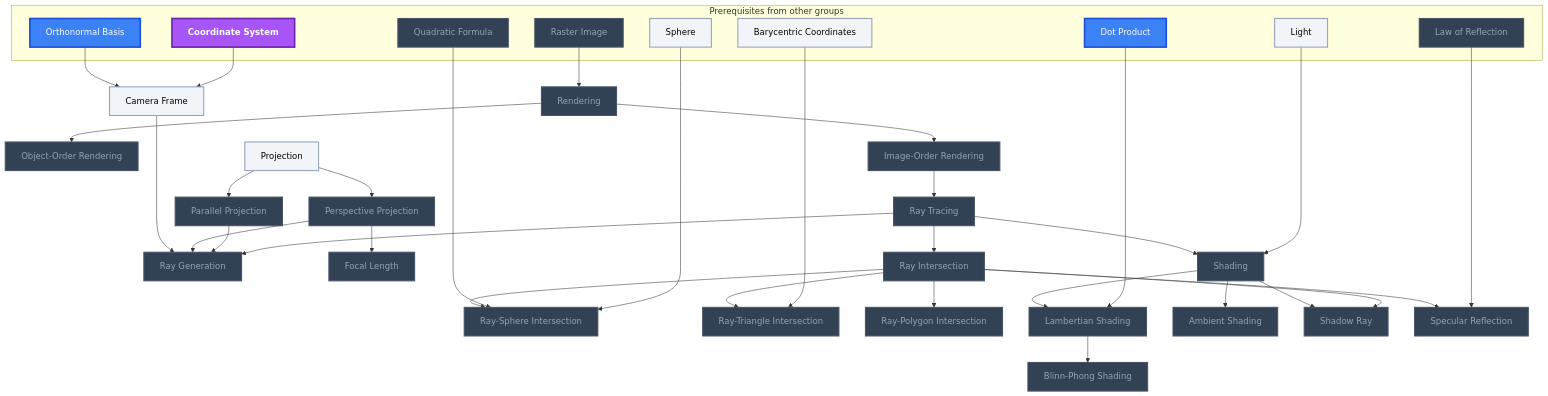
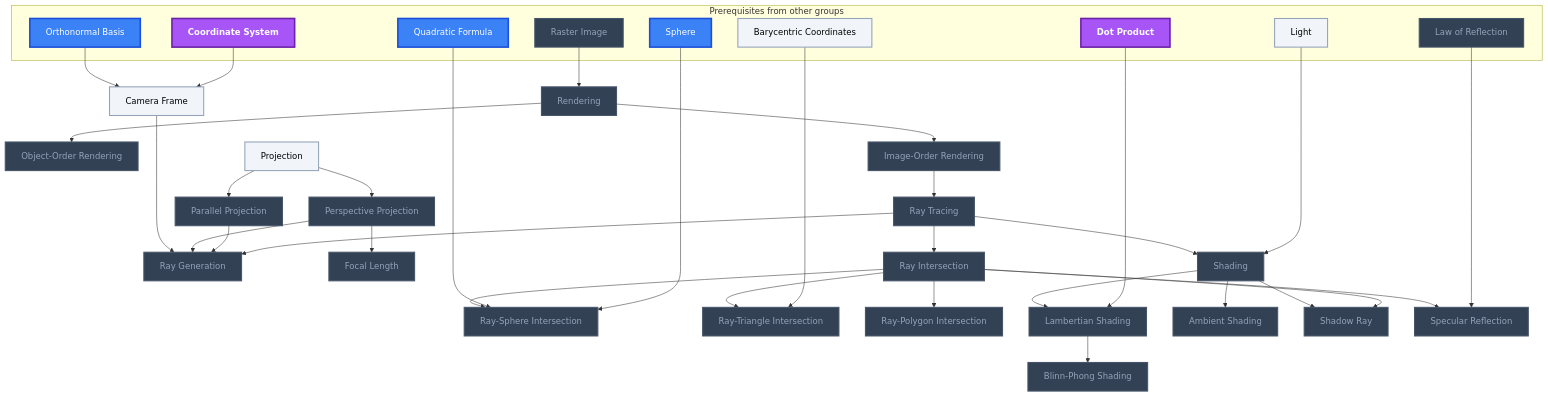
One commit to MRauf1/My-Notes changed the third of 7 diagrams in Gamification/Skill Trees/Computer Graphics.md. Above: the diagram before and after it, drawn with Mermaid. The commit also changed other lines of this file and 145 other files, not shown here.

````diff
--- a/Gamification/Skill Trees/Computer Graphics.md
+++ b/Gamification/Skill Trees/Computer Graphics.md
@@ -123,78 +123,78 @@
 ```mermaid
 flowchart TD
     classDef planned fill:#1E293B,stroke:#64748B,stroke-width:2px,stroke-dasharray:5 5,color:#94A3B8;
     classDef locked fill:#334155,stroke:#475569,stroke-width:2px,color:#94A3B8;
     classDef L0 fill:#F1F5F9,stroke:#94A3B8,stroke-width:2px,color:#000000;
     classDef L1 fill:#22C55E,stroke:#15803D,stroke-width:2px,color:#000000;
     classDef L2 fill:#3B82F6,stroke:#1D4ED8,stroke-width:3px,color:#FFFFFF;
     classDef L3 fill:#A855F7,stroke:#6B21A8,stroke-width:3px,color:#FFFFFF,font-weight:bold;
     classDef L4 fill:#F97316,stroke:#C2410C,stroke-width:4px,color:#000000,font-weight:bold;
     classDef L5 fill:#FFD700,stroke:#FF8C00,stroke-width:5px,color:#000000,font-weight:bold;
     classDef rusty stroke:#8B4513,stroke-width:4px,stroke-dasharray:3 3;
     subgraph sg_prereqs["Prerequisites from other groups"]
         n_raster_image["Raster Image"]
         n_coordinate_system["Coordinate System"]
         n_orthonormal_basis["Orthonormal Basis"]
         n_sphere["Sphere"]
         n_quadratic_formula["Quadratic Formula"]
         n_barycentric_coordinates["Barycentric Coordinates"]
         n_light["Light"]
         n_dot_product["Dot Product"]
         n_law_of_reflection["Law of Reflection"]
     end
     n_rendering["Rendering"]
     n_object_order_rendering["Object-Order Rendering"]
     n_image_order_rendering["Image-Order Rendering"]
     n_ray_tracing["Ray Tracing"]
     n_projection["Projection"]
     n_parallel_projection["Parallel Projection"]
     n_perspective_projection["Perspective Projection"]
     n_camera_frame["Camera Frame"]
     n_ray_generation["Ray Generation"]
     n_focal_length["Focal Length"]
     n_ray_intersection["Ray Intersection"]
     n_ray_sphere_intersection["Ray-Sphere Intersection"]
     n_ray_triangle_intersection["Ray-Triangle Intersection"]
     n_ray_polygon_intersection["Ray-Polygon Intersection"]
     n_shading["Shading"]
     n_lambertian_shading["Lambertian Shading"]
     n_blinn_phong_shading["Blinn-Phong Shading"]
     n_ambient_shading["Ambient Shading"]
     n_shadow_ray["Shadow Ray"]
     n_specular_reflection["Specular Reflection"]
     n_raster_image --> n_rendering
     n_rendering --> n_object_order_rendering
     n_rendering --> n_image_order_rendering
     n_image_order_rendering --> n_ray_tracing
     n_projection --> n_parallel_projection
     n_projection --> n_perspective_projection
     n_coordinate_system --> n_camera_frame
     n_orthonormal_basis --> n_camera_frame
     n_ray_tracing --> n_ray_generation
     n_parallel_projection --> n_ray_generation
     n_perspective_projection --> n_ray_generation
     n_camera_frame --> n_ray_generation
     n_perspective_projection --> n_focal_length
     n_ray_tracing --> n_ray_intersection
     n_sphere --> n_ray_sphere_intersection
     n_quadratic_formula --> n_ray_sphere_intersection
     n_ray_intersection --> n_ray_sphere_intersection
     n_barycentric_coordinates --> n_ray_triangle_intersection
     n_ray_intersection --> n_ray_triangle_intersection
     n_ray_intersection --> n_ray_polygon_intersection
     n_light --> n_shading
     n_ray_tracing --> n_shading
     n_dot_product --> n_lambertian_shading
     n_shading --> n_lambertian_shading
     n_lambertian_shading --> n_blinn_phong_shading
     n_shading --> n_ambient_shading
     n_ray_intersection --> n_shadow_ray
     n_shading --> n_shadow_ray
     n_law_of_reflection --> n_specular_reflection
     n_ray_intersection --> n_specular_reflection
-    class n_raster_image,n_quadratic_formula,n_law_of_reflection,n_rendering,n_object_order_rendering,n_image_order_rendering,n_ray_tracing,n_parallel_projection,n_perspective_projection,n_ray_generation,n_focal_length,n_ray_intersection,n_ray_sphere_intersection,n_ray_triangle_intersection,n_ray_polygon_intersection,n_shading,n_lambertian_shading,n_blinn_phong_shading,n_ambient_shading,n_shadow_ray,n_specular_reflection locked;
-    class n_sphere,n_barycentric_coordinates,n_light,n_projection,n_camera_frame L0;
-    class n_orthonormal_basis,n_dot_product L2;
-    class n_coordinate_system L3;
+    class n_raster_image,n_law_of_reflection,n_rendering,n_object_order_rendering,n_image_order_rendering,n_ray_tracing,n_parallel_projection,n_perspective_projection,n_ray_generation,n_focal_length,n_ray_intersection,n_ray_sphere_intersection,n_ray_triangle_intersection,n_ray_polygon_intersection,n_shading,n_lambertian_shading,n_blinn_phong_shading,n_ambient_shading,n_shadow_ray,n_specular_reflection locked;
+    class n_barycentric_coordinates,n_light,n_projection,n_camera_frame L0;
+    class n_orthonormal_basis,n_sphere,n_quadratic_formula L2;
+    class n_coordinate_system,n_dot_product L3;
     class n_raster_image,n_coordinate_system,n_orthonormal_basis,n_sphere,n_quadratic_formula,n_barycentric_coordinates,n_light,n_dot_product,n_law_of_reflection,n_rendering,n_object_order_rendering,n_image_order_rendering,n_ray_tracing,n_projection,n_parallel_projection,n_perspective_projection,n_camera_frame,n_ray_generation,n_focal_length,n_ray_intersection,n_ray_sphere_intersection,n_ray_triangle_intersection,n_ray_polygon_intersection,n_shading,n_lambertian_shading,n_blinn_phong_shading,n_ambient_shading,n_shadow_ray,n_specular_reflection internal-link;
 ```
````
